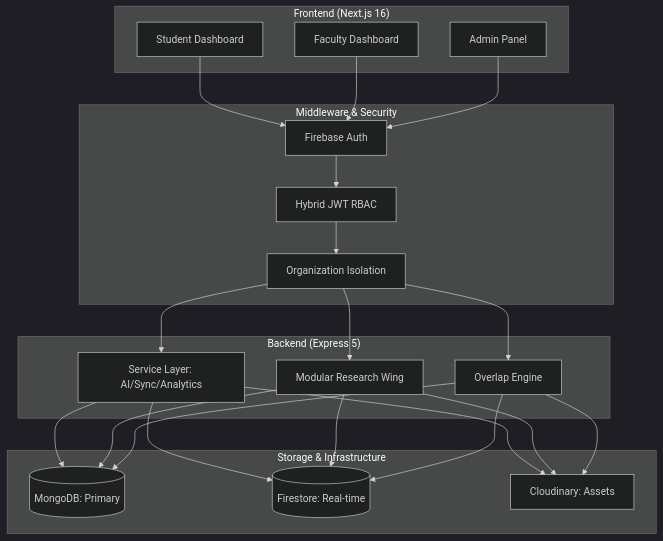
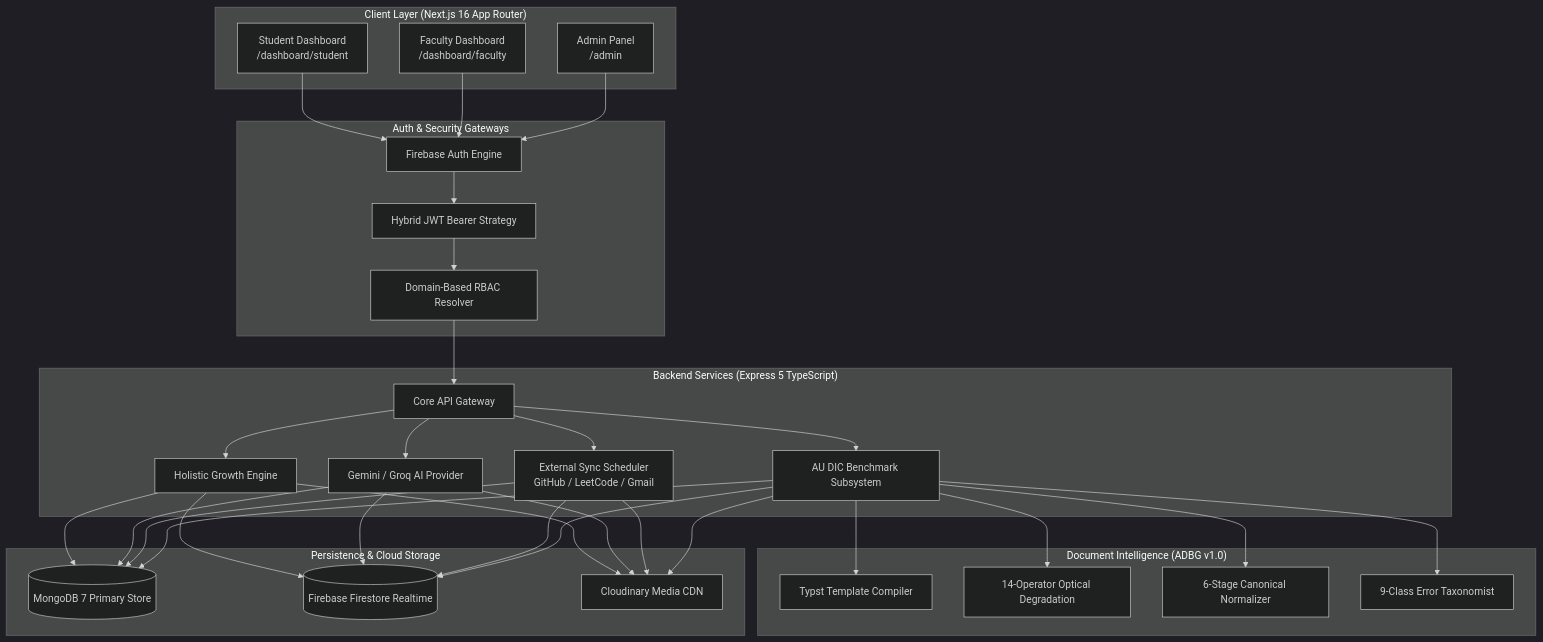
One commit to aashishrajput9838/academicuniverse changed the diagram in README.md. Above: the diagram before and after it, drawn with Mermaid (dark theme). The commit also changed other lines of this file, not shown here.

Commit message:
docs(readme): Enhance README with professional badges, benchmark insights, system architecture & quick start guide

````diff
--- a/README.md
+++ b/README.md
@@ -76,32 +100,43 @@
 ```mermaid
 graph TD
-    subgraph "Frontend (Next.js 16)"
-        A[Student Dashboard]
-        B[Faculty Dashboard]
-        C[Admin Panel]
+    subgraph "Client Layer (Next.js 16 App Router)"
+        UI_ST[Student Dashboard\n/dashboard/student]
+        UI_FAC[Faculty Dashboard\n/dashboard/faculty]
+        UI_ADM[Admin Panel\n/admin]
     end
 
-    subgraph "Middleware & Security"
-        D[Firebase Auth]
-        E[Hybrid JWT RBAC]
-        F[Organization Isolation]
+    subgraph "Auth & Security Gateways"
+        FA[Firebase Auth Engine]
+        JWT[Hybrid JWT Bearer Strategy]
+        RBAC[Domain-Based RBAC Resolver]
     end
 
-    subgraph "Backend (Express 5)"
-        G[Service Layer: AI/Sync/Analytics]
-        H[Modular Research Wing]
-        I[Overlap Engine]
+    subgraph "Backend Services (Express 5 TypeScript)"
+        API[Core API Gateway]
+        GROWTH[Holistic Growth Engine]
+        AI_SVC[Gemini / Groq AI Provider]
+        SYNC[External Sync Scheduler\nGitHub / LeetCode / Gmail]
+        BENCH[AU DIC Benchmark Subsystem]
     end
 
-    subgraph "Storage & Infrastructure"
-        J[(MongoDB: Primary)]
-        K[(Firestore: Real-time)]
-        L[Cloudinary: Assets]
+    subgraph "Document Intelligence (ADBG v1.0)"
+        TYPST[Typst Template Compiler]
+        DEGRAD[14-Operator Optical Degradation]
+        NORM[6-Stage Canonical Normalizer]
+        TAX[9-Class Error Taxonomist]
     end
 
-    A & B & C --> D
-    D --> E
-    E --> F
-    F --> G & H & I
-    G & H & I --> J & K & L
+    subgraph "Persistence & Cloud Storage"
+        MDB[(MongoDB 7 Primary Store)]
+        FST[(Firebase Firestore Realtime)]
+        CDN[Cloudinary Media CDN]
+    end
+
+    UI_ST & UI_FAC & UI_ADM --> FA
+    FA --> JWT
+    JWT --> RBAC
+    RBAC --> API
+    API --> GROWTH & AI_SVC & SYNC & BENCH
+    BENCH --> TYPST & DEGRAD & NORM & TAX
+    GROWTH & AI_SVC & SYNC & BENCH --> MDB & FST & CDN
 ```
````
